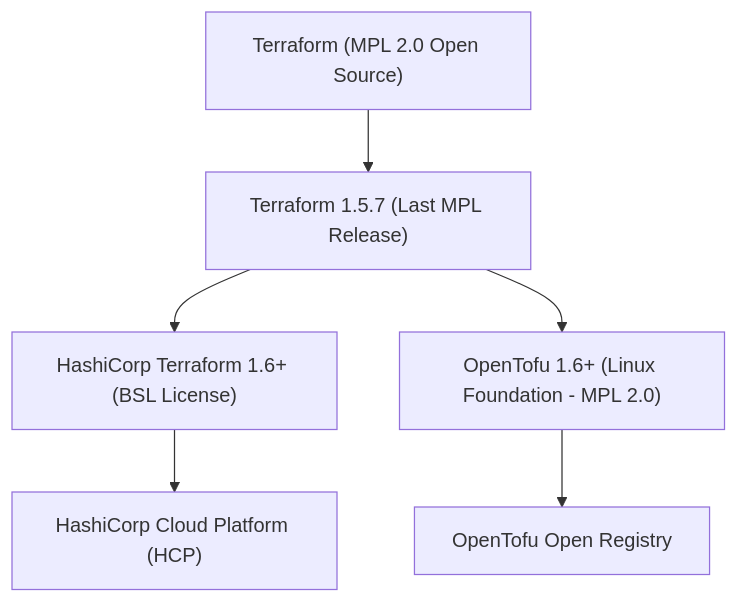
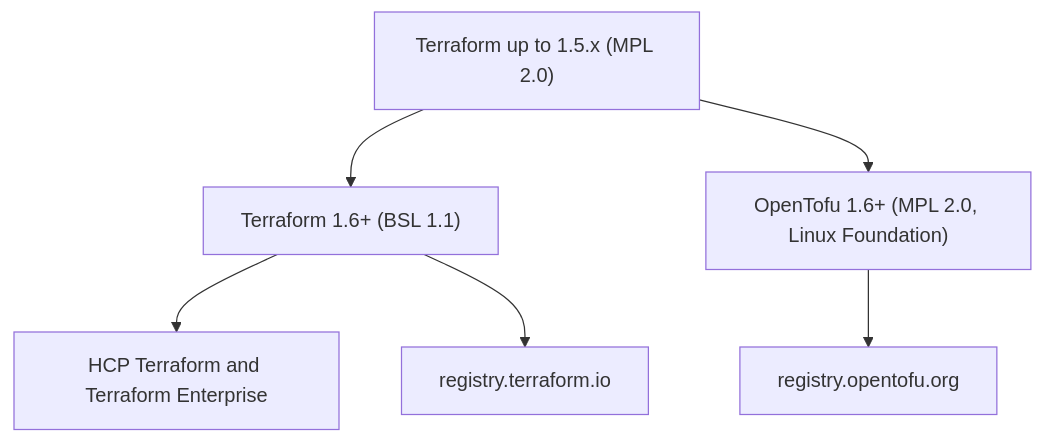
One commit to TheLearningHubOrg/learn-terraform changed the tenth of 28 diagrams in README.md. Above: the diagram before and after it, drawn with Mermaid. The commit also changed other lines of this file and 31 other files, not shown here.

````diff
--- a/README.md
+++ b/README.md
@@ -204,8 +907,8 @@
 ```mermaid
 flowchart TD
-    TFOrigin["Terraform (MPL 2.0 Open Source)"] --> TF15["Terraform 1.5.7 (Last MPL Release)"]
-    TF15 --> TFBSL["HashiCorp Terraform 1.6+ (BSL License)"]
-    TF15 --> OpenTofu["OpenTofu 1.6+ (Linux Foundation - MPL 2.0)"]
-    TFBSL --> TFCloud["HashiCorp Cloud Platform (HCP)"]
-    OpenTofu --> TofuRegistry["OpenTofu Open Registry"]
+    MPL["Terraform up to 1.5.x (MPL 2.0)"] --> BSL["Terraform 1.6+ (BSL 1.1)"]
+    MPL --> TOFU["OpenTofu 1.6+ (MPL 2.0, Linux Foundation)"]
+    BSL --> HCP["HCP Terraform and Terraform Enterprise"]
+    BSL --> TFREG["registry.terraform.io"]
+    TOFU --> TOFUREG["registry.opentofu.org"]
 ```
````
